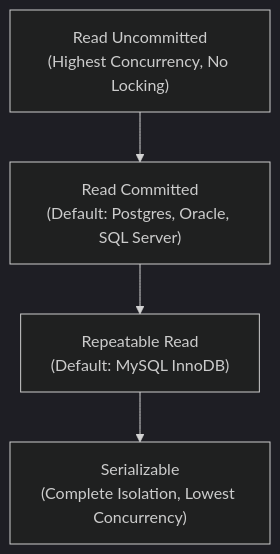
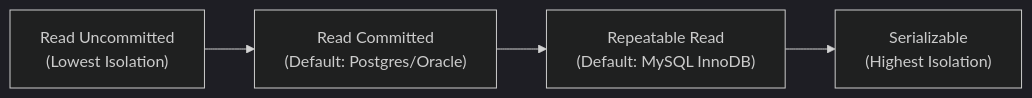
One commit to rohithgowda18/Notes changed the ninth of 18 diagrams in 02-DBMS/Transactions-and-Concurrency-Control.md. Above: the diagram before and after it, drawn with Mermaid (dark theme). The commit also changed other lines of this file and 15 other files, not shown here.

Commit message:
docs: audit Mermaid diagrams, optimize side-by-side layouts, and deduplicate DBMS advanced notes

````diff
--- a/02-DBMS/Transactions-and-Concurrency-Control.md
+++ b/02-DBMS/Transactions-and-Concurrency-Control.md
@@ -270,6 +260,6 @@
 ```mermaid
-flowchart TD
-    L1["Read Uncommitted\n(Highest Concurrency, No Locking)"] --> L2["Read Committed\n(Default: Postgres, Oracle, SQL Server)"]
-    L2 --> L3["Repeatable Read\n(Default: MySQL InnoDB)"]
-    L3 --> L4["Serializable\n(Complete Isolation, Lowest Concurrency)"]
+flowchart LR
+    L1["Read Uncommitted<br/>(Lowest Isolation)"] --> L2["Read Committed<br/>(Default: Postgres/Oracle)"]
+    L2 --> L3["Repeatable Read<br/>(Default: MySQL InnoDB)"]
+    L3 --> L4["Serializable<br/>(Highest Isolation)"]
 ```
````
